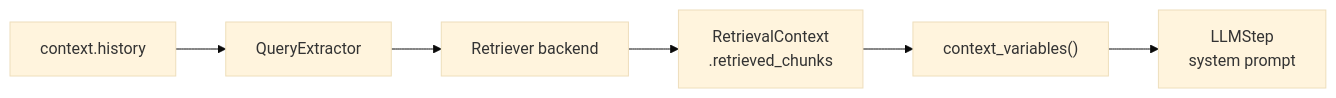
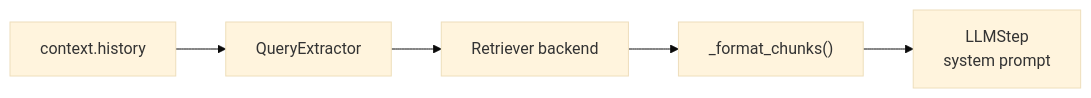
The diagram in docs/design/retrieval_layer/retrieval_layer.md (Congiuntivo/cams-nli-engine), drawn with Mermaid (base theme) before and after one commit. The commit also changed other lines of this file and 8 other files, not shown here.

````diff
--- a/docs/design/retrieval_layer/retrieval_layer.md
+++ b/docs/design/retrieval_layer/retrieval_layer.md
@@ -25,11 +26,10 @@
 ```mermaid
 flowchart LR
     H["context.history"]
     QE["QueryExtractor"]
     R["Retriever backend"]
-    RC["RetrievalContext\n.retrieved_chunks"]
-    CV["context_variables()"]
+    F["_format_chunks()"]
     SP["LLMStep\nsystem prompt"]
 
-    H --> QE --> R --> RC --> CV --> SP
+    H --> QE --> R --> F --> SP
 ```
````
